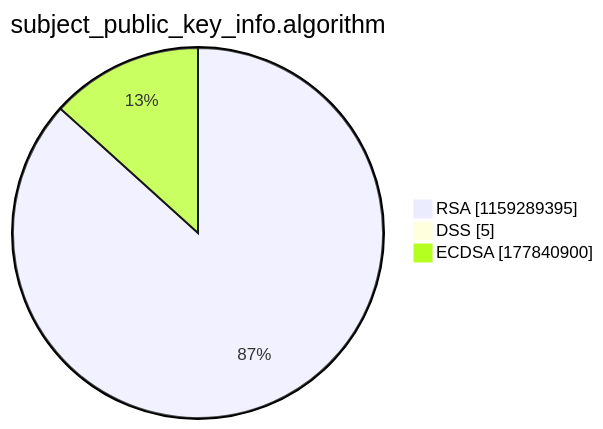
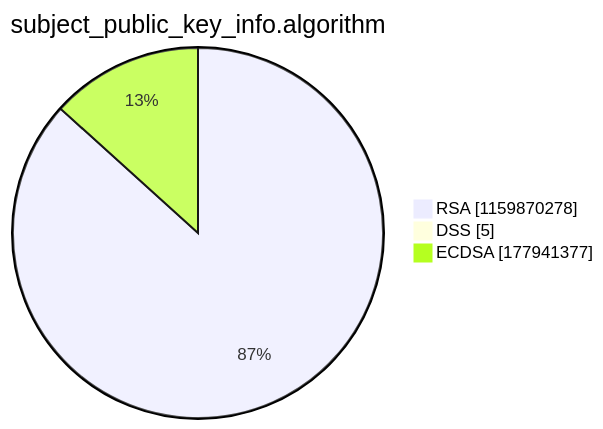
One commit to christiankrug/ctmonitor_visualization changed the third of 15 diagrams in argon2022/README.md. Above: the diagram before and after it, drawn with Mermaid. The commit also changed other lines of this file, not shown here.

````diff
--- a/argon2022/README.md
+++ b/argon2022/README.md
@@ -14,7 +14,7 @@
 ```mermaid
 pie showData
 title subject_public_key_info.algorithm
-"RSA" :1159289395
+"RSA" :1159870278
 "DSS" :5
-"ECDSA" :177840900
+"ECDSA" :177941377
 ```
````
